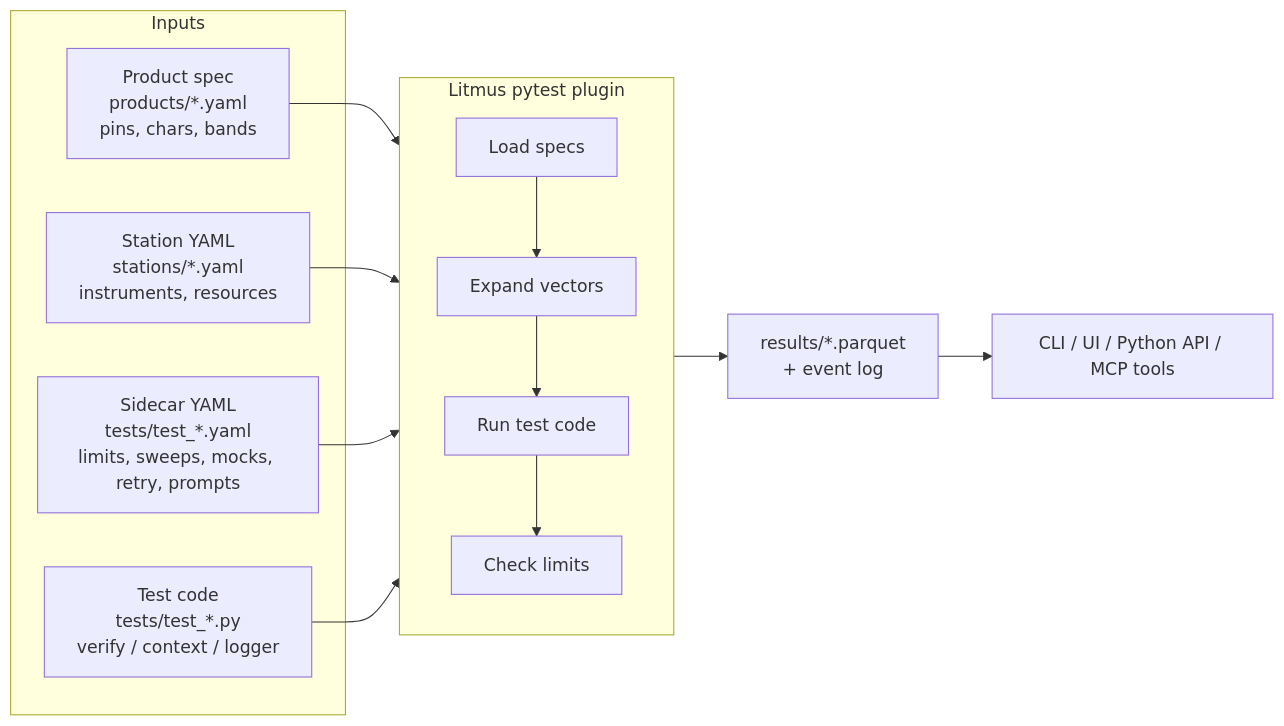
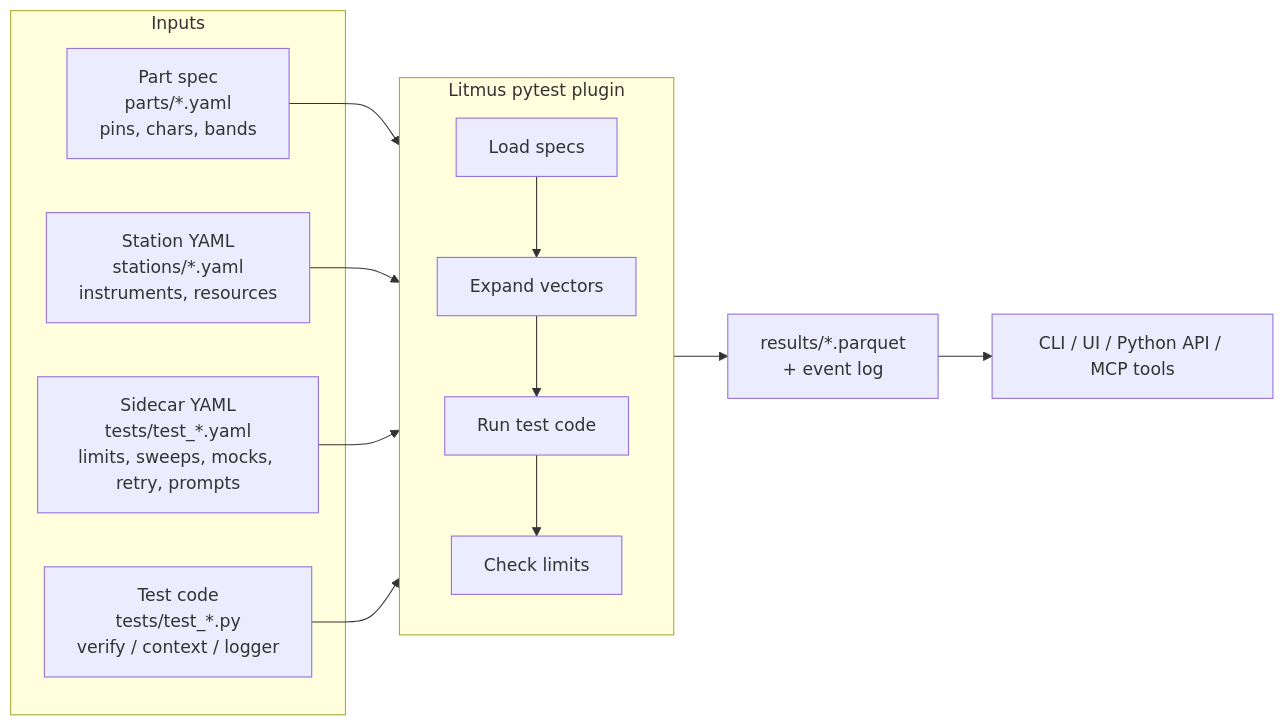
The first of 9 diagrams in docs/concepts/overview/architecture.md (pragmatest-dev/testerkit), drawn with Mermaid before and after one commit. The commit also changed other lines of this file and 246 other files, not shown here.

First line of the commit message:
refactor: rename product -> part across the codebase (#258)

````diff
--- a/docs/concepts/overview/architecture.md
+++ b/docs/concepts/overview/architecture.md
@@ -7,23 +7,23 @@
 ```mermaid
 flowchart LR
     subgraph Inputs
-        P[Product spec<br/>products/*.yaml<br/>pins, chars, bands]
+        P[Part spec<br/>parts/*.yaml<br/>pins, chars, bands]
         S[Station YAML<br/>stations/*.yaml<br/>instruments, resources]
         SC[Sidecar YAML<br/>tests/test_*.yaml<br/>limits, sweeps, mocks, retry, prompts]
         T[Test code<br/>tests/test_*.py<br/>verify / context / logger]
     end
 
     subgraph Plugin[Litmus pytest plugin]
         L[Load specs] --> EX[Expand vectors]
         EX --> RUN[Run test code]
         RUN --> CHK[Check limits]
     end
 
     P --> Plugin
     S --> Plugin
     SC --> Plugin
     T --> Plugin
 
     Plugin --> O[results/*.parquet<br/>+ event log]
     O --> A[CLI / UI / Python API / MCP tools]
 ```
````
